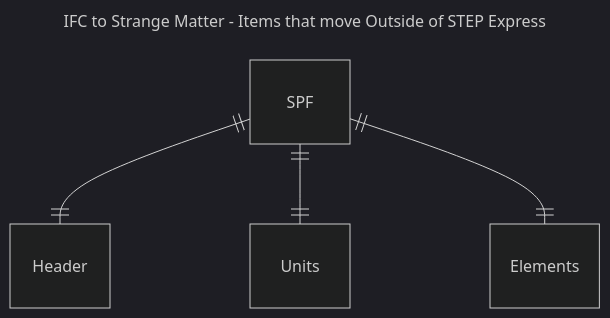
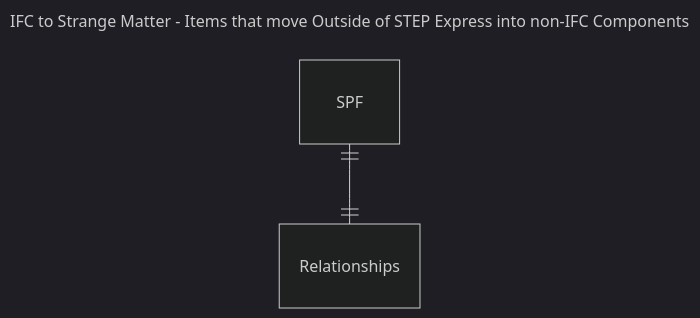
One commit to magnetar-io/strangematter_ifc_4x changed the second of 2 diagrams in README.md. Above: the diagram before and after it, drawn with Mermaid (dark theme). The commit also changed other lines of this file, not shown here.

````diff
--- a/README.md
+++ b/README.md
@@ -11,9 +11,8 @@
 ```mermaid
 ---
-title: IFC to Strange Matter - Items that move Outside of STEP Express
+title: IFC to Strange Matter - Items that move Outside of STEP Express into non-IFC Components
 ---
 erDiagram
-    SPF  ||--|| Header : ""
-    SPF  ||--|| Units : ""
-    SPF  ||--|| Elements : ""
+    SPF  ||--|| Relationships : ""
+
 ```
````
